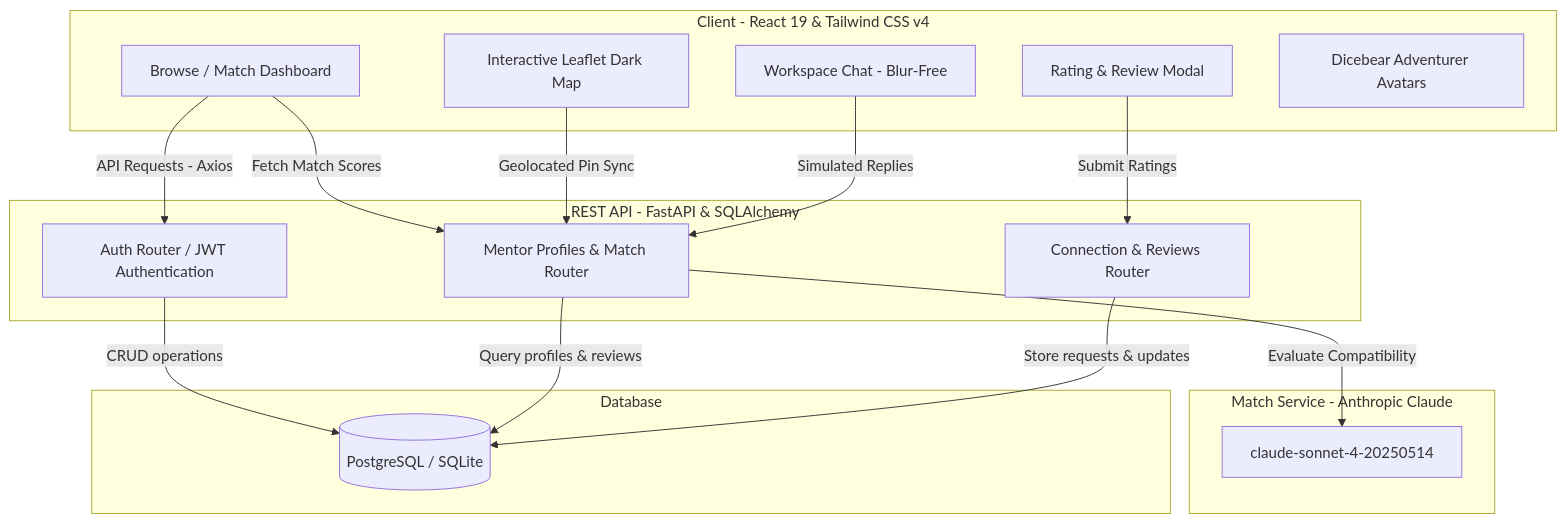
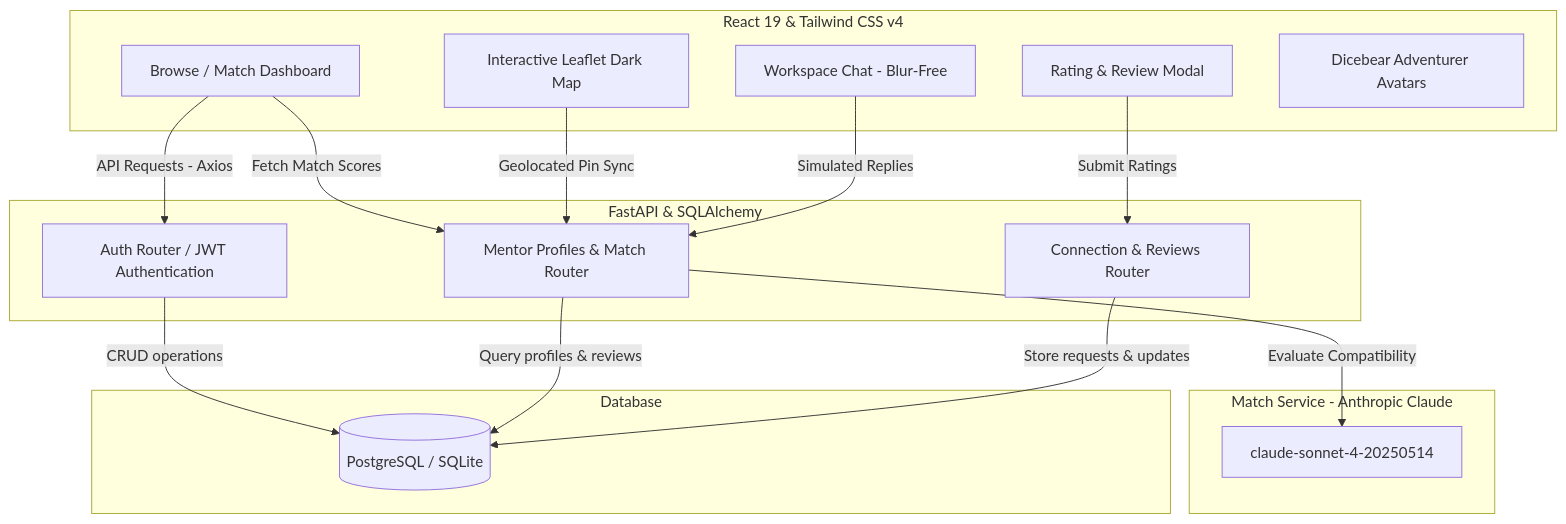
Before and after one commit to Anirudh9247/MentorMesh: the diagram in README.md, drawn with Mermaid. The commit also changed other lines of this file, not shown here.

````diff
--- a/README.md
+++ b/README.md
@@ -11,36 +99,36 @@
 ```mermaid
 graph TD
-    subgraph Frontend [Client - React 19 & Tailwind CSS v4]
+    subgraph Frontend [React 19 & Tailwind CSS v4]
         UI[Browse / Match Dashboard]
         Map[Interactive Leaflet Dark Map]
         Chat[Workspace Chat - Blur-Free]
         Review[Rating & Review Modal]
         Avatars[Dicebear Adventurer Avatars]
     end
 
-    subgraph Backend [REST API - FastAPI & SQLAlchemy]
+    subgraph Backend [FastAPI & SQLAlchemy]
         AuthRouter[Auth Router / JWT Authentication]
         MentorRouter[Mentor Profiles & Match Router]
         RequestRouter[Connection & Reviews Router]
     end
 
     subgraph AI [Match Service - Anthropic Claude]
         Claude[claude-sonnet-4-20250514]
     end
 
     subgraph Storage [Database]
         DB[(PostgreSQL / SQLite)]
     end
 
     %% Connections
     UI -->|API Requests - Axios| AuthRouter
     UI -->|Fetch Match Scores| MentorRouter
     Map -->|Geolocated Pin Sync| MentorRouter
     Chat -->|Simulated Replies| MentorRouter
     Review -->|Submit Ratings| RequestRouter
 
     MentorRouter -->|Evaluate Compatibility| Claude
     AuthRouter -->|CRUD operations| DB
     MentorRouter -->|Query profiles & reviews| DB
     RequestRouter -->|Store requests & updates| DB
 ```
````
